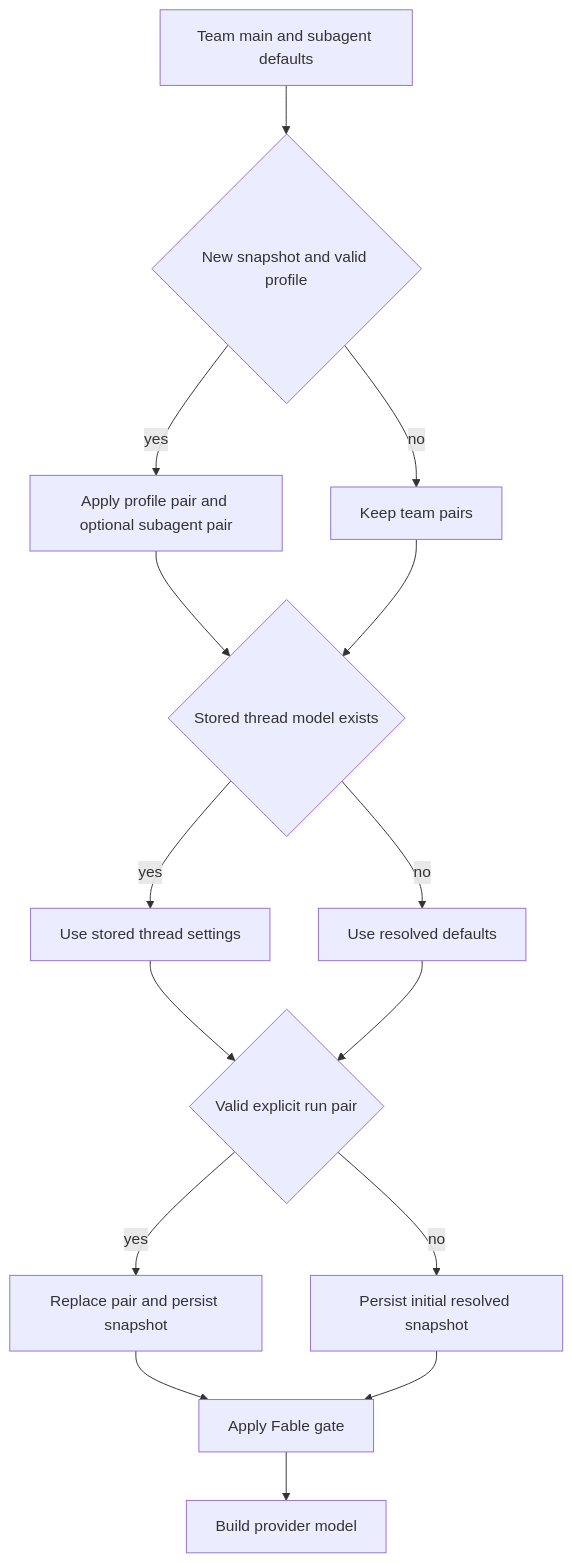
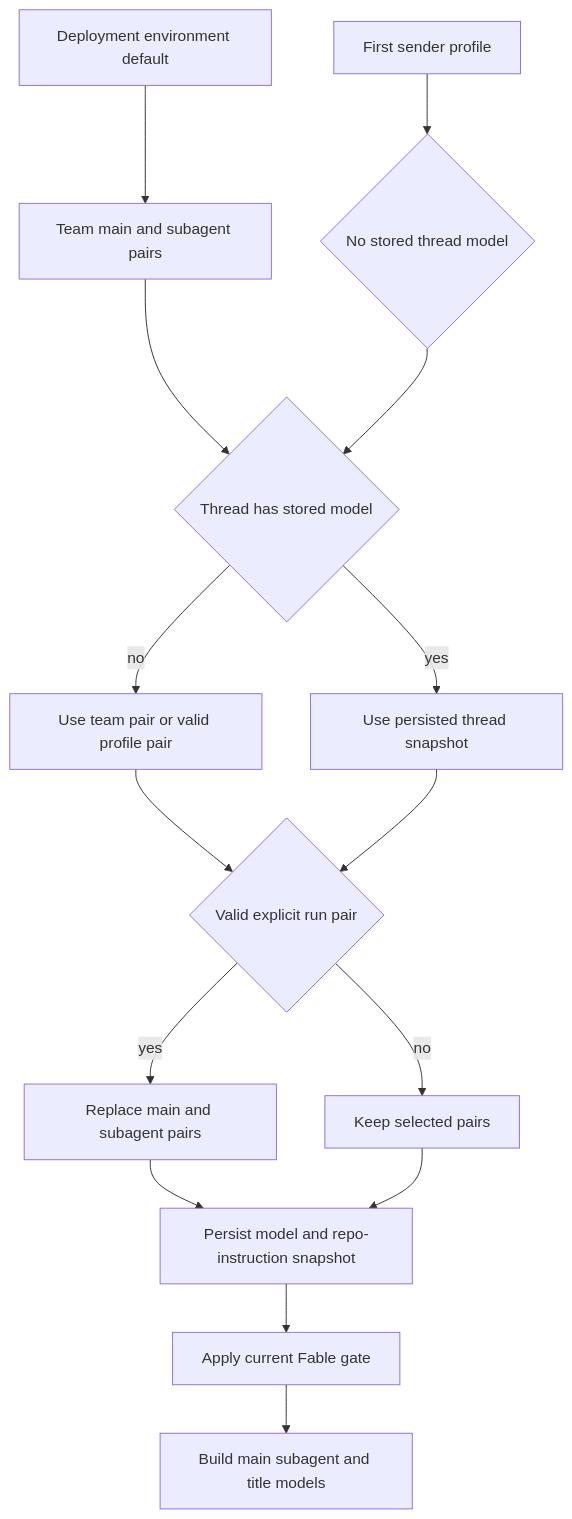
Before and after one commit to langchain-ai/open-swe: the first of 2 diagrams in openwiki/concepts/models-profiles-instructions.md, drawn with Mermaid. The commit also changed other lines of this file and 52 other files, not shown here.

````diff
--- a/openwiki/concepts/models-profiles-instructions.md
+++ b/openwiki/concepts/models-profiles-instructions.md
@@ -113,17 +120,17 @@
 ```mermaid
 flowchart TD
-  Team["Team main and subagent defaults"] --> Profile{"New snapshot and valid profile"}
-  Profile -- "yes" --> ProfilePair["Apply profile pair and optional subagent pair"]
-  Profile -- "no" --> Defaults["Keep team pairs"]
-  ProfilePair --> Stored{"Stored thread model exists"}
-  Defaults --> Stored
-  Stored -- "yes" --> Snapshot["Use stored thread settings"]
-  Stored -- "no" --> Resolved["Use resolved defaults"]
-  Snapshot --> Explicit{"Valid explicit run pair"}
-  Resolved --> Explicit
-  Explicit -- "yes" --> Override["Replace pair and persist snapshot"]
-  Explicit -- "no" --> Persist["Persist initial resolved snapshot"]
-  Override --> Fable["Apply Fable gate"]
-  Persist --> Fable
-  Fable --> Build["Build provider model"]
+  Deploy["Deployment environment default"] --> Team["Team main and subagent pairs"]
+  Team --> Select{"Thread has stored model"}
+  Profile["First sender profile"] --> Fresh{"No stored thread model"}
+  Fresh --> Select
+  Select -- "yes" --> Snapshot["Use persisted thread snapshot"]
+  Select -- "no" --> Resolve["Use team pair or valid profile pair"]
+  Resolve --> Explicit{"Valid explicit run pair"}
+  Snapshot --> Explicit
+  Explicit -- "yes" --> Replace["Replace main and subagent pairs"]
+  Explicit -- "no" --> Keep["Keep selected pairs"]
+  Replace --> Persist["Persist model and repo-instruction snapshot"]
+  Keep --> Persist
+  Persist --> Gate["Apply current Fable gate"]
+  Gate --> Construct["Build main subagent and title models"]
 ```
````
